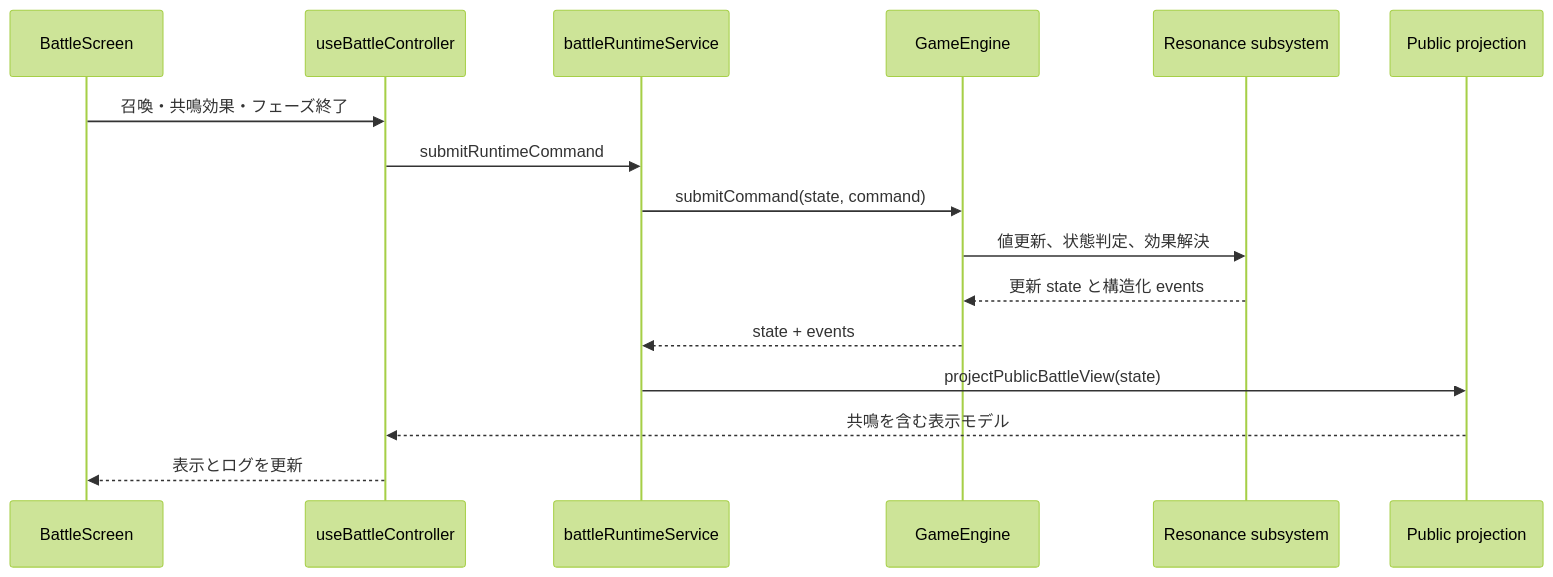
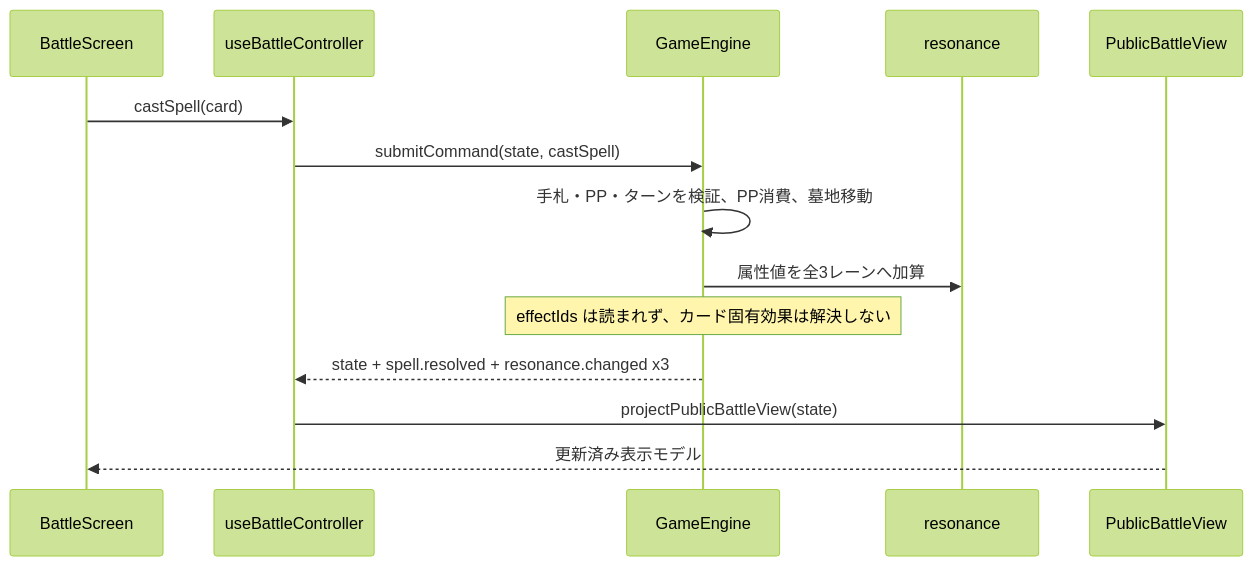
One commit to inui-hub/prj-ankake changed the second of 3 diagrams in aidlc/spaces/default/codekb/prj-ankake/architecture.md. Above: the diagram before and after it, drawn with Mermaid (forest theme). The commit also changed other lines of this file and 437 other files, not shown here.

````diff
--- a/aidlc/spaces/default/codekb/prj-ankake/architecture.md
+++ b/aidlc/spaces/default/codekb/prj-ankake/architecture.md
@@ -25,18 +56,16 @@
 ```mermaid
 sequenceDiagram
   participant UI as BattleScreen
   participant C as useBattleController
-  participant R as battleRuntimeService
   participant E as GameEngine
-  participant RS as Resonance subsystem
-  participant P as Public projection
-  UI->>C: 召喚・共鳴効果・フェーズ終了
-  C->>R: submitRuntimeCommand
-  R->>E: submitCommand(state, command)
-  E->>RS: 値更新、状態判定、効果解決
-  RS-->>E: 更新 state と構造化 events
-  E-->>R: state + events
-  R->>P: projectPublicBattleView(state)
-  P-->>C: 共鳴を含む表示モデル
-  C-->>UI: 表示とログを更新
+  participant R as resonance
+  participant P as PublicBattleView
+  UI->>C: castSpell(card)
+  C->>E: submitCommand(state, castSpell)
+  E->>E: 手札・PP・ターンを検証、PP消費、墓地移動
+  E->>R: 属性値を全3レーンへ加算
+  Note over E: effectIds は読まれず、カード固有効果は解決しない
+  E-->>C: state + spell.resolved + resonance.changed x3
+  C->>P: projectPublicBattleView(state)
+  P-->>UI: 更新済み表示モデル
 ```
````
